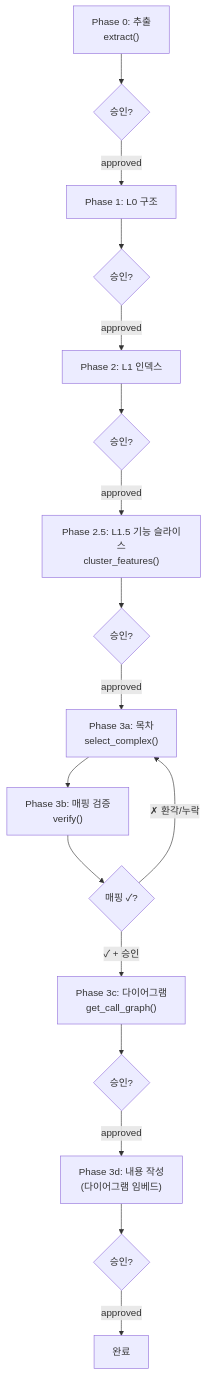
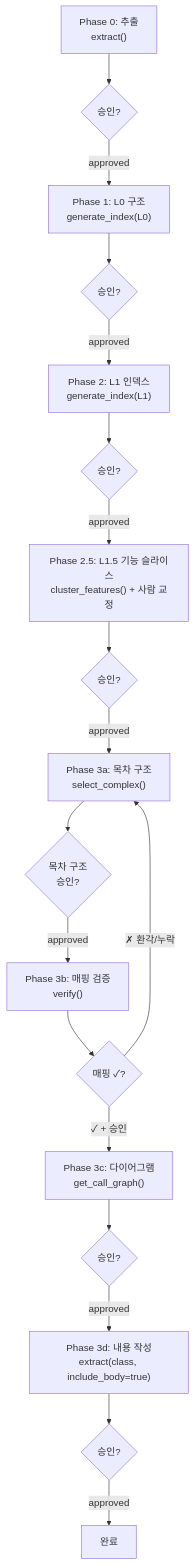
One commit to wisesky0/docgen-mcp changed the diagram in docs/llm-documentation-guideline.md. Above: the diagram before and after it, drawn with Mermaid. The commit also changed other lines of this file and 1 other file, not shown here.

First line of the commit message:
docs: 요구사항·가이드라인 확정 — phase3a 독립 게이트 복원, OQ-6/7/8 확정 반영

````diff
--- a/docs/llm-documentation-guideline.md
+++ b/docs/llm-documentation-guideline.md
@@ -25,19 +25,20 @@
 ```mermaid
 graph TD
     P0["Phase 0: 추출<br/>extract()"] --> G0{"승인?"}
-    G0 -->|approved| P1["Phase 1: L0 구조"]
+    G0 -->|approved| P1["Phase 1: L0 구조<br/>generate_index(L0)"]
     P1 --> G1{"승인?"}
-    G1 -->|approved| P2["Phase 2: L1 인덱스"]
+    G1 -->|approved| P2["Phase 2: L1 인덱스<br/>generate_index(L1)"]
     P2 --> G2{"승인?"}
-    G2 -->|approved| P25["Phase 2.5: L1.5 기능 슬라이스<br/>cluster_features()"]
+    G2 -->|approved| P25["Phase 2.5: L1.5 기능 슬라이스<br/>cluster_features() + 사람 교정"]
     P25 --> G25{"승인?"}
-    G25 -->|approved| P3a["Phase 3a: 목차<br/>select_complex()"]
-    P3a --> P3b["Phase 3b: 매핑 검증<br/>verify()"]
+    G25 -->|approved| P3a["Phase 3a: 목차 구조<br/>select_complex()"]
+    P3a --> G3a{"목차 구조<br/>승인?"}
+    G3a -->|approved| P3b["Phase 3b: 매핑 검증<br/>verify()"]
     P3b --> G3{"매핑 ✓?"}
     G3 -->|"✗ 환각/누락"| P3a
     G3 -->|"✓ + 승인"| P3c["Phase 3c: 다이어그램<br/>get_call_graph()"]
     P3c --> G3c{"승인?"}
-    G3c -->|approved| P3d["Phase 3d: 내용 작성<br/>(다이어그램 임베드)"]
+    G3c -->|approved| P3d["Phase 3d: 내용 작성<br/>extract(class, include_body=true)"]
     P3d --> G3d{"승인?"}
     G3d -->|approved| DONE["완료"]
 ```
````
